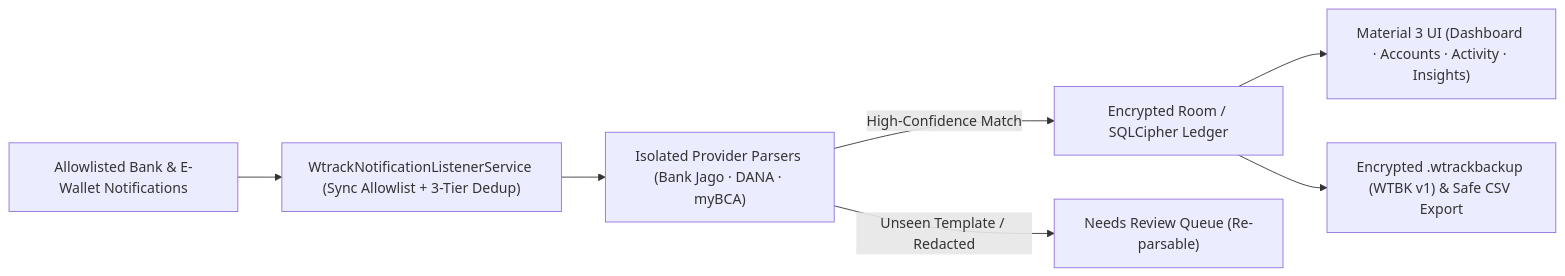
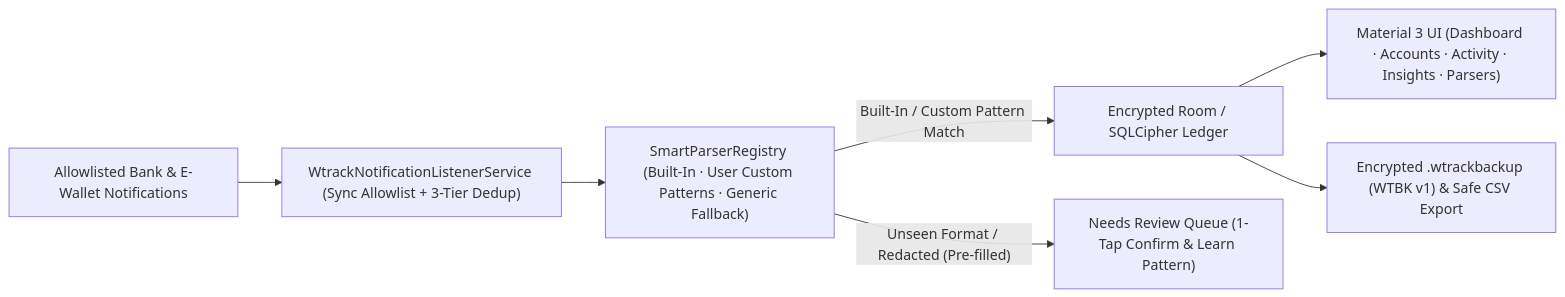
Before and after one commit to Adomancer/W-Track: the diagram in README.md, drawn with Mermaid. The commit also changed other lines of this file and 43 other files, not shown here.

Commit message:
feat(parser): add generic fallback parser, custom notification patterns, and schema v2

````diff
--- a/README.md
+++ b/README.md
@@ -57,9 +57,9 @@
 ```mermaid
 flowchart LR
     A["Allowlisted Bank & E-Wallet Notifications"] --> B["WtrackNotificationListenerService (Sync Allowlist + 3-Tier Dedup)"]
-    B --> C["Isolated Provider Parsers (Bank Jago · DANA · myBCA)"]
-    C -->|"High-Confidence Match"| D["Encrypted Room / SQLCipher Ledger"]
-    C -->|"Unseen Template / Redacted"| E["Needs Review Queue (Re-parsable)"]
-    D --> F["Material 3 UI (Dashboard · Accounts · Activity · Insights)"]
+    B --> C["SmartParserRegistry (Built-In · User Custom Patterns · Generic Fallback)"]
+    C -->|"Built-In / Custom Pattern Match"| D["Encrypted Room / SQLCipher Ledger"]
+    C -->|"Unseen Format / Redacted (Pre-filled)"| E["Needs Review Queue (1-Tap Confirm & Learn Pattern)"]
+    D --> F["Material 3 UI (Dashboard · Accounts · Activity · Insights · Parsers)"]
     D --> G["Encrypted .wtrackbackup (WTBK v1) & Safe CSV Export"]
 ```
````
